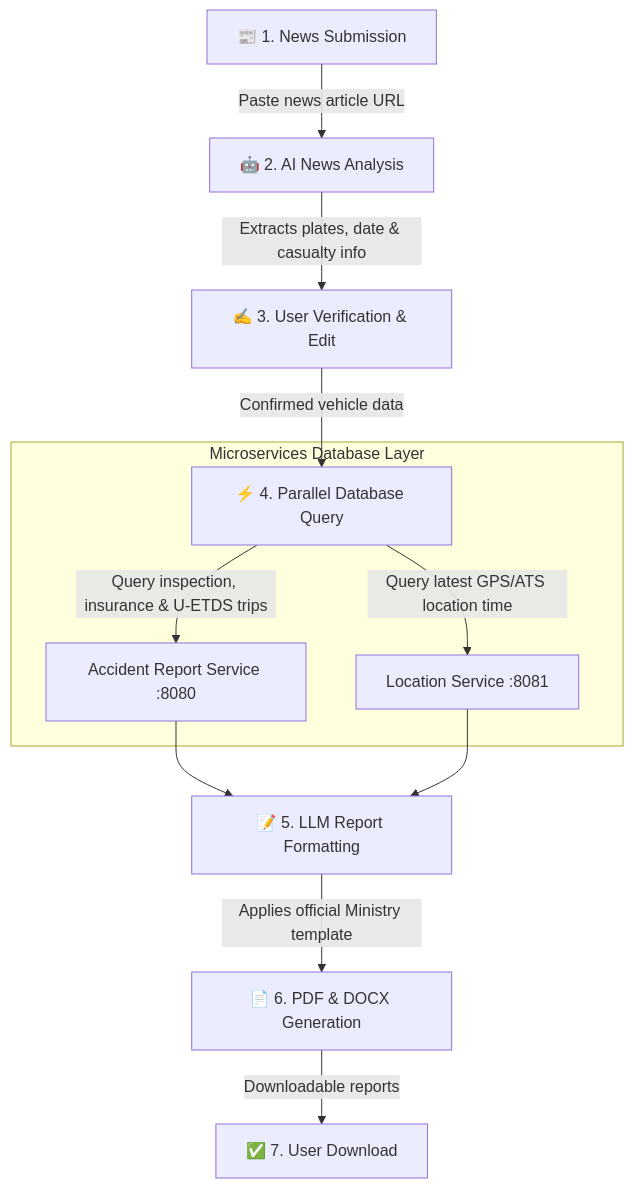
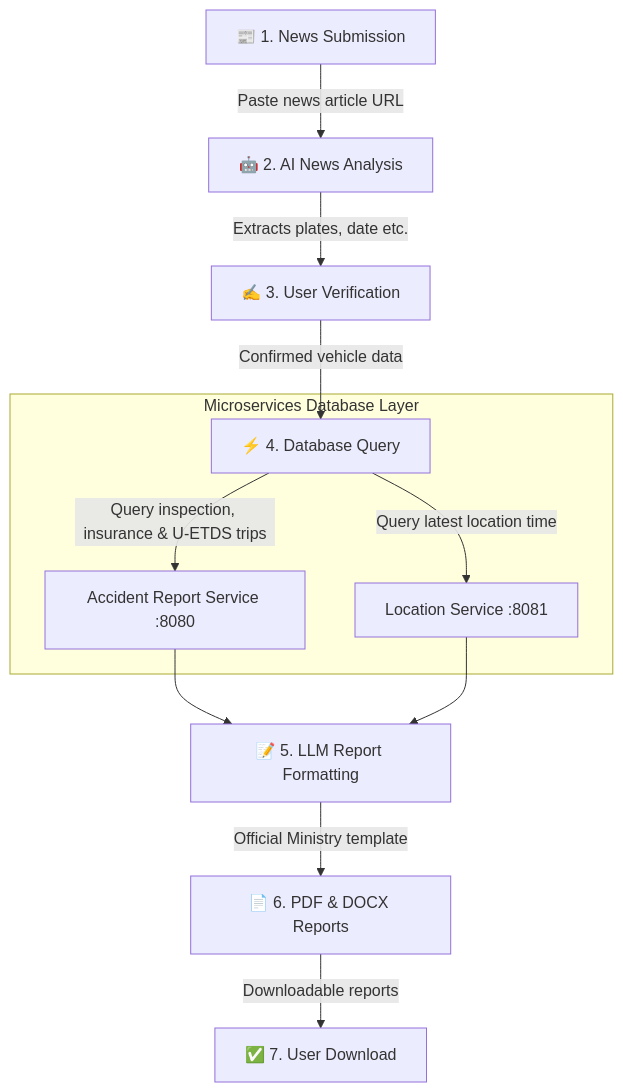
The diagram in README.md (erngrbz/UAB-AIGeneratedReport), drawn with Mermaid before and after one commit.

Commit message:
Update flowchart terminology in README.md

````diff
--- a/README.md
+++ b/README.md
@@ -17,16 +17,16 @@
 ```mermaid
 flowchart TD
     A["📰 1. News Submission"] -->|Paste news article URL| B["🤖 2. AI News Analysis"]
-    B -->|Extracts plates, date & casualty info| C["✍️ 3. User Verification & Edit"]
-    C -->|Confirmed vehicle data| D["⚡ 4. Parallel Database Query"]
+    B -->|Extracts plates, date etc.| C["✍️ 3. User Verification"]
+    C -->|Confirmed vehicle data| D["⚡ 4. Database Query"]
     
     subgraph Microservices ["Microservices Database Layer"]
         D -->|Query inspection, insurance & U-ETDS trips| E["Accident Report Service :8080"]
-        D -->|Query latest GPS/ATS location time| F["Location Service :8081"]
+        D -->|Query latest location time| F["Location Service :8081"]
     end
 
     E --> G["📝 5. LLM Report Formatting"]
     F --> G
-    G -->|Applies official Ministry template| H["📄 6. PDF & DOCX Generation"]
+    G -->|Official Ministry template| H["📄 6. PDF & DOCX Reports"]
     H -->|Downloadable reports| I["✅ 7. User Download"]
 ```
````
